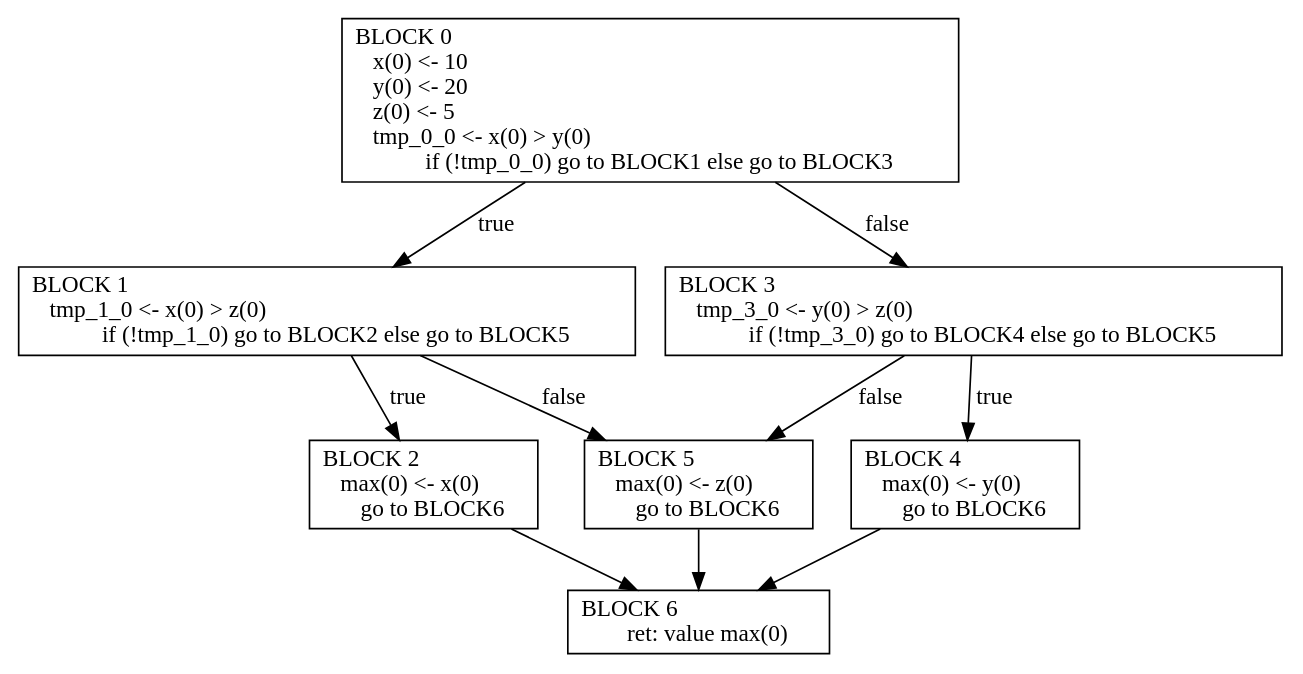
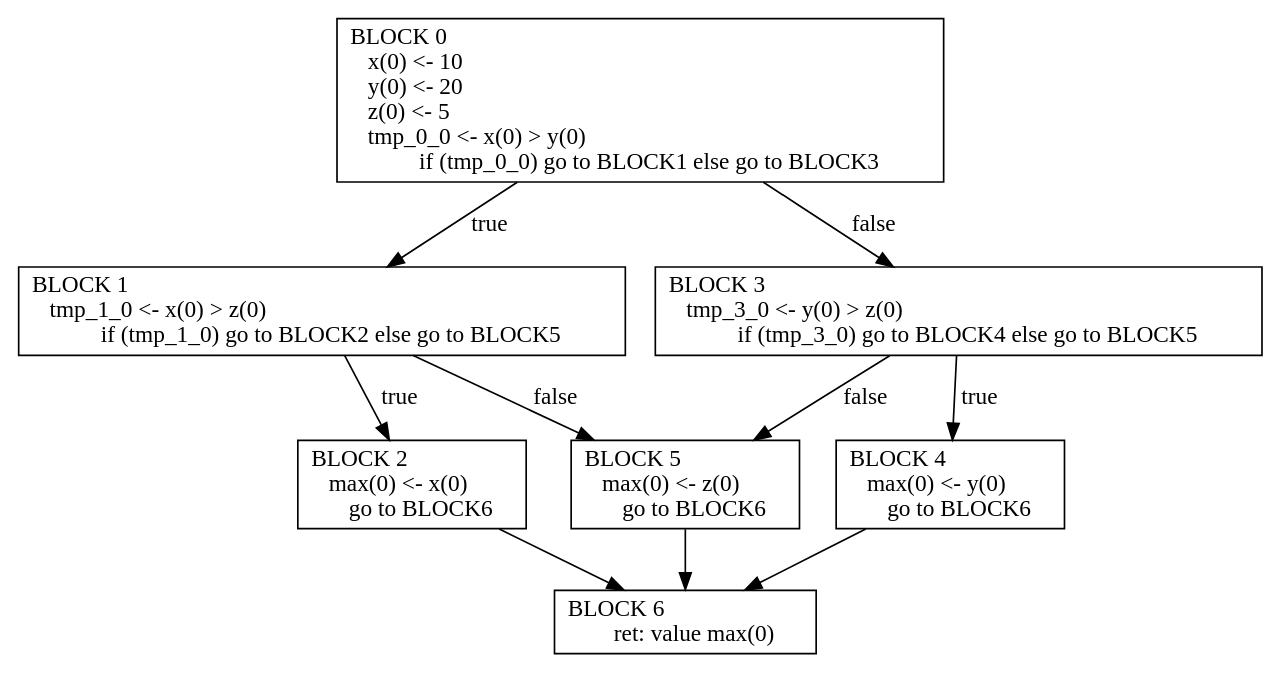
Before and after one commit to ark2016/generation-of-optimal-code: the diagram in lab4/results/example3_cfg.dot, drawn with Graphviz. The commit also changed 22 other files, not shown here.

```diff
--- a/lab4/results/example3_cfg.dot
+++ b/lab4/results/example3_cfg.dot
@@ -1,19 +1,19 @@
 digraph G{
 node [shape=box nojustify=false]
-0 [label="BLOCK 0\l    x(0) <- 10\l    y(0) <- 20\l    z(0) <- 5\l    tmp_0_0 <- x(0) > y(0)\l    if (!tmp_0_0) go to BLOCK1 else go to BLOCK3"]
+0 [label="BLOCK 0\l    x(0) <- 10\l    y(0) <- 20\l    z(0) <- 5\l    tmp_0_0 <- x(0) > y(0)\l    if (tmp_0_0) go to BLOCK1 else go to BLOCK3"]
 0 -> 1 [label=true]
 0 -> 3 [label=false]
-1 [label="BLOCK 1\l    tmp_1_0 <- x(0) > z(0)\l    if (!tmp_1_0) go to BLOCK2 else go to BLOCK5"]
+1 [label="BLOCK 1\l    tmp_1_0 <- x(0) > z(0)\l    if (tmp_1_0) go to BLOCK2 else go to BLOCK5"]
 1 -> 2 [label=true]
 1 -> 5 [label=false]
 2 [label="BLOCK 2\l    max(0) <- x(0)\l    go to BLOCK6"]
 2 -> 6
-3 [label="BLOCK 3\l    tmp_3_0 <- y(0) > z(0)\l    if (!tmp_3_0) go to BLOCK4 else go to BLOCK5"]
+3 [label="BLOCK 3\l    tmp_3_0 <- y(0) > z(0)\l    if (tmp_3_0) go to BLOCK4 else go to BLOCK5"]
 3 -> 4 [label=true]
 3 -> 5 [label=false]
 4 [label="BLOCK 4\l    max(0) <- y(0)\l    go to BLOCK6"]
 4 -> 6
 5 [label="BLOCK 5\l    max(0) <- z(0)\l    go to BLOCK6"]
 5 -> 6
 6 [label="BLOCK 6\l    ret: value max(0)"]
 }
```
